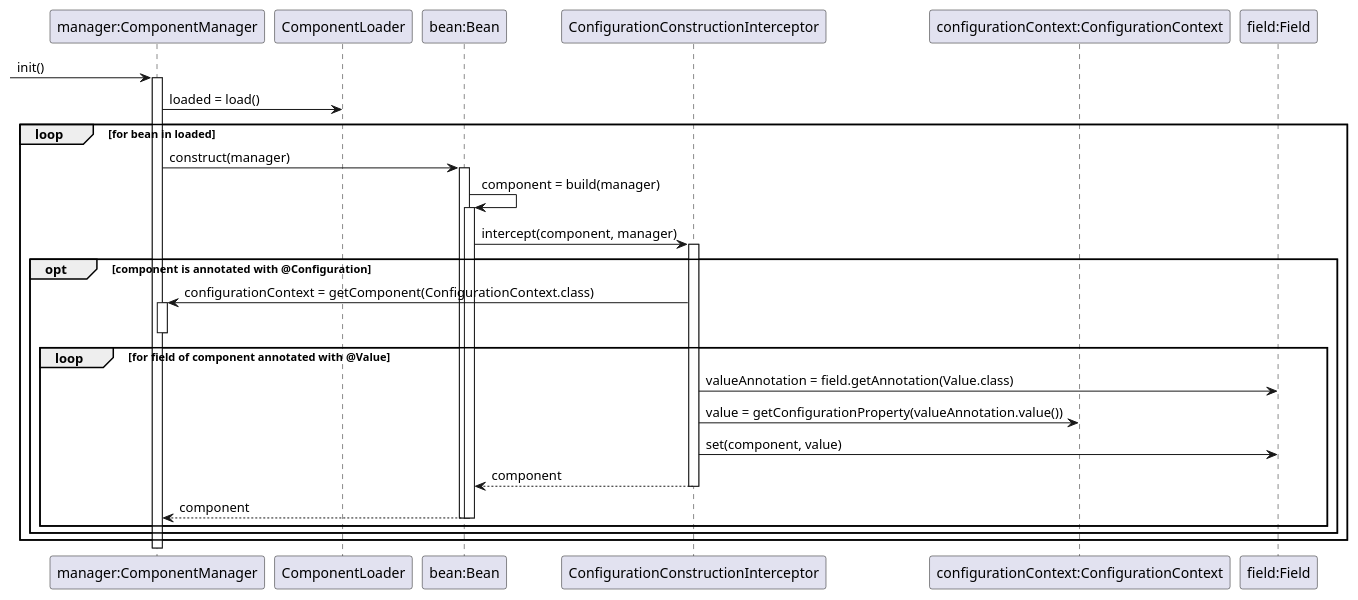
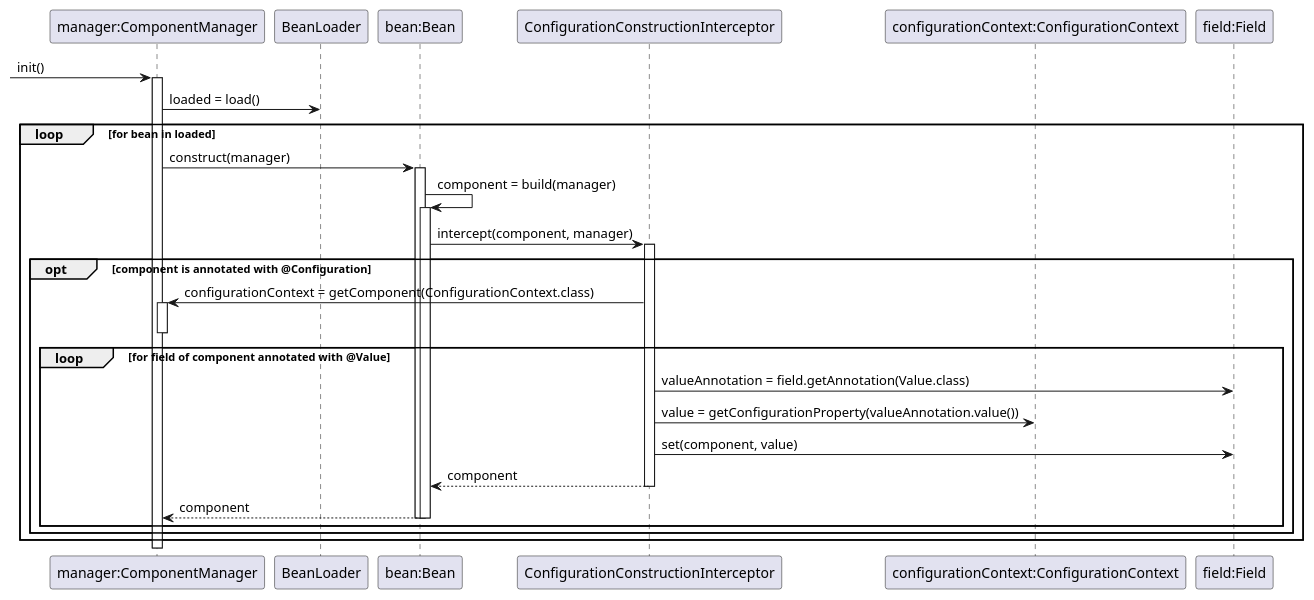
One commit to SWEN900072021/2Pizzas changed the diagram in docs/diagrams/patterns/externalised-configuration.puml. Above: the diagram before and after it, drawn with PlantUML. The commit also changed 4 other files, not shown here.

```diff
--- a/docs/diagrams/patterns/externalised-configuration.puml
+++ b/docs/diagrams/patterns/externalised-configuration.puml
@@ -1,37 +1,37 @@
 @startuml
 
 participant compMan as "manager:ComponentManager"
-participant ComponentLoader as loader 
+participant BeanLoader as loader 
 participant bean as "bean:Bean"
 participant ConfigurationConstructionInterceptor as configInter
 participant "configurationContext:ConfigurationContext" as configCtx
 participant field as "field:Field"
 
 [-> compMan: init()
 activate compMan
 compMan -> loader: loaded = load()
 loop for bean in loaded
 compMan -> bean: construct(manager)
 activate bean
 bean -> bean: component = build(manager)
 activate bean
 bean -> configInter: intercept(component, manager)
 activate configInter
 opt component is annotated with @Configuration
 configInter -> compMan: configurationContext = getComponent(ConfigurationContext.class)
 activate compMan
 deactivate compMan
 loop for field of component annotated with @Value
 configInter -> field: valueAnnotation = field.getAnnotation(Value.class)
 configInter -> configCtx: value = getConfigurationProperty(valueAnnotation.value())
 configInter -> field: set(component, value)
 configInter --> bean: component 
 deactivate configInter
 bean --> compMan: component
 deactivate bean
 deactivate bean
 end 
 end
 end
 
 @enduml
```
